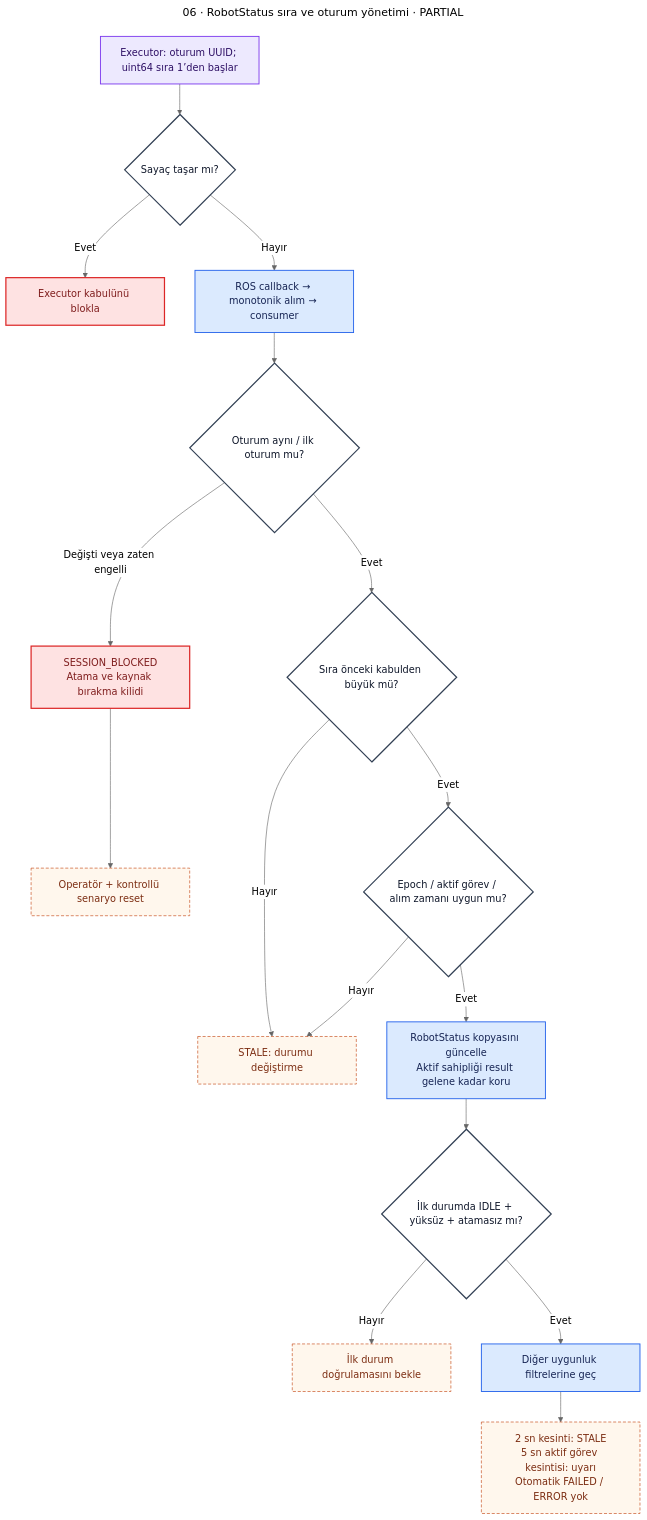
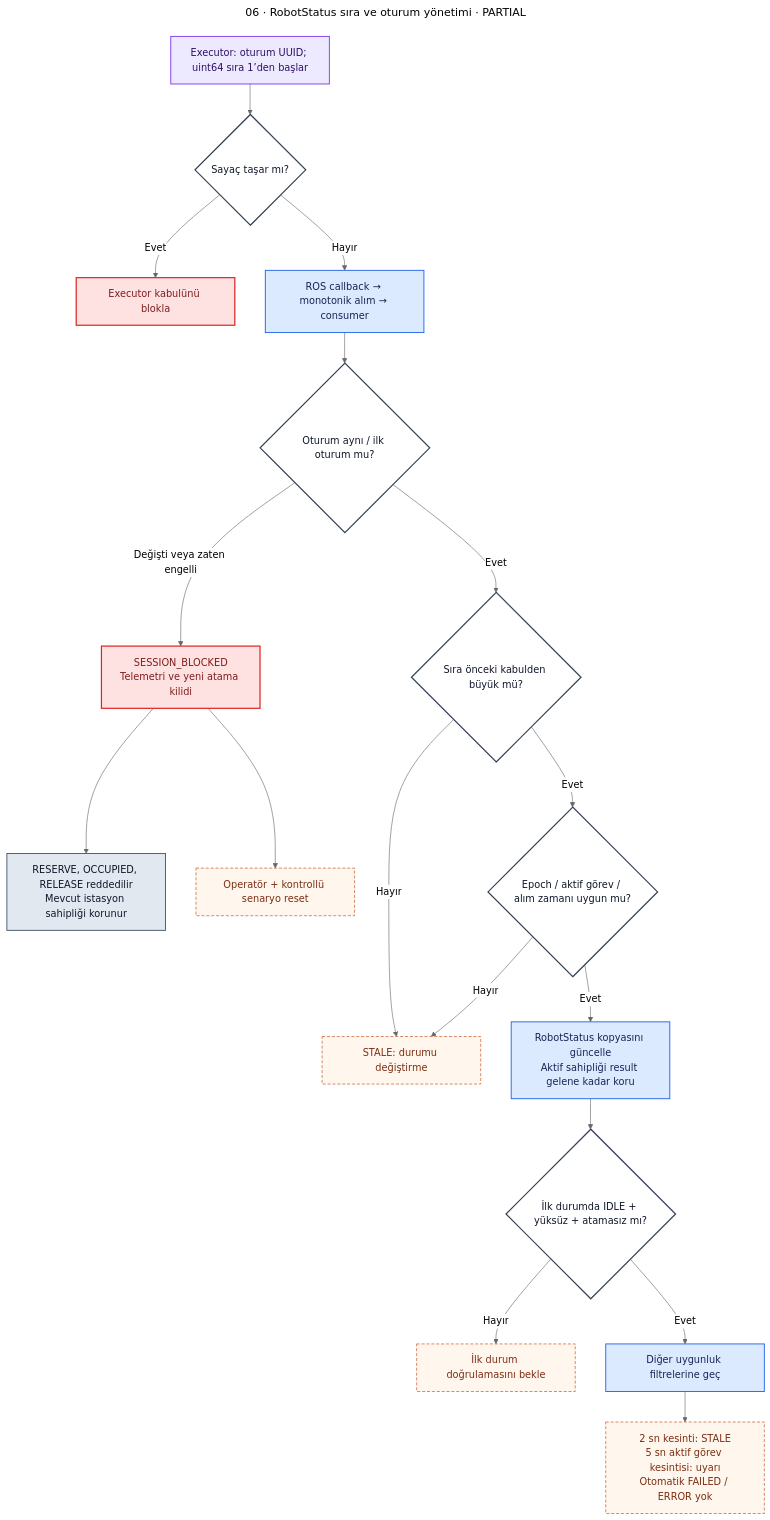
The sixth of 18 diagrams in docs/diagrams/README.md (m-gnr/ros2-fleet-manager), drawn with Mermaid (neutral theme) before and after one commit. The commit also changed other lines of this file and 13 other files, not shown here.

````diff
--- a/docs/diagrams/README.md
+++ b/docs/diagrams/README.md
@@ -359,32 +361,33 @@
 ```mermaid
 ---
 title: "06 · RobotStatus sıra ve oturum yönetimi · PARTIAL"
 ---
 flowchart TD
  EX["Executor: oturum UUID; uint64 sıra 1’den başlar"]:::executor --> OV{"Sayaç taşar mı?"}:::decision
  OV -->|"Evet"| EB["Executor kabulünü blokla"]:::error
  OV -->|"Hayır"| CB["ROS callback → monotonik alım → consumer"]:::fm
  CB --> S{"Oturum aynı / ilk oturum mu?"}:::decision
- S -->|"Değişti veya zaten engelli"| BLOCK["SESSION_BLOCKED<br/>Atama ve kaynak bırakma kilidi"]:::error
+ S -->|"Değişti veya zaten engelli"| BLOCK["SESSION_BLOCKED<br/>Telemetri ve yeni atama kilidi"]:::error
+ BLOCK --> KEEP["RESERVE, OCCUPIED, RELEASE reddedilir<br/>Mevcut istasyon sahipliği korunur"]:::db
  BLOCK --> RESET["Operatör + kontrollü senaryo reset"]:::wait
  S -->|"Evet"| SEQ{"Sıra önceki kabulden büyük mü?"}:::decision
  SEQ -->|"Hayır"| ST["STALE: durumu değiştirme"]:::wait
  SEQ -->|"Evet"| EP{"Epoch / aktif görev / alım zamanı uygun mu?"}:::decision
  EP -->|"Hayır"| ST
  EP -->|"Evet"| UPDATE["RobotStatus kopyasını güncelle<br/>Aktif sahipliği result gelene kadar koru"]:::fm
  UPDATE --> FIRST{"İlk durumda IDLE + yüksüz + atamasız mı?"}:::decision
  FIRST -->|"Hayır"| HOLD["İlk durum doğrulamasını bekle"]:::wait
  FIRST -->|"Evet"| EL["Diğer uygunluk filtrelerine geç"]:::fm
  EL --> TIME["2 sn kesinti: STALE<br/>5 sn aktif görev kesintisi: uyarı<br/>Otomatik FAILED / ERROR yok"]:::wait
 
  classDef fm fill:#dbeafe,stroke:#2563eb,color:#172554,stroke-width:1.5px;
  classDef executor fill:#ede9fe,stroke:#7c3aed,color:#2e1065,stroke-width:1.5px;
  classDef nav fill:#ccfbf1,stroke:#0f766e,color:#134e4a,stroke-width:1.5px;
  classDef battery fill:#fef3c7,stroke:#d97706,color:#78350f,stroke-width:1.5px;
  classDef db fill:#e2e8f0,stroke:#475569,color:#0f172a,stroke-width:1.5px;
  classDef ui fill:#fce7f3,stroke:#be185d,color:#831843,stroke-width:1.5px;
  classDef decision fill:#fff,stroke:#334155,color:#0f172a,stroke-width:2px;
  classDef error fill:#fee2e2,stroke:#dc2626,color:#7f1d1d,stroke-width:2px;
  classDef wait fill:#fff7ed,stroke:#c2410c,color:#7c2d12,stroke-dasharray:5 3;
  classDef terminal fill:#dcfce7,stroke:#15803d,color:#14532d,stroke-width:2px;
 ```
````
